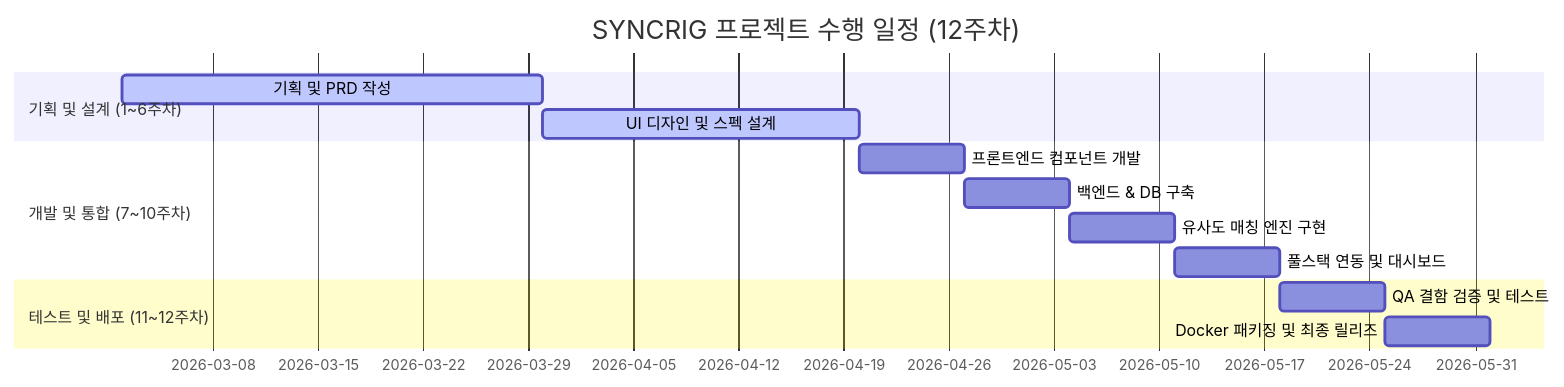
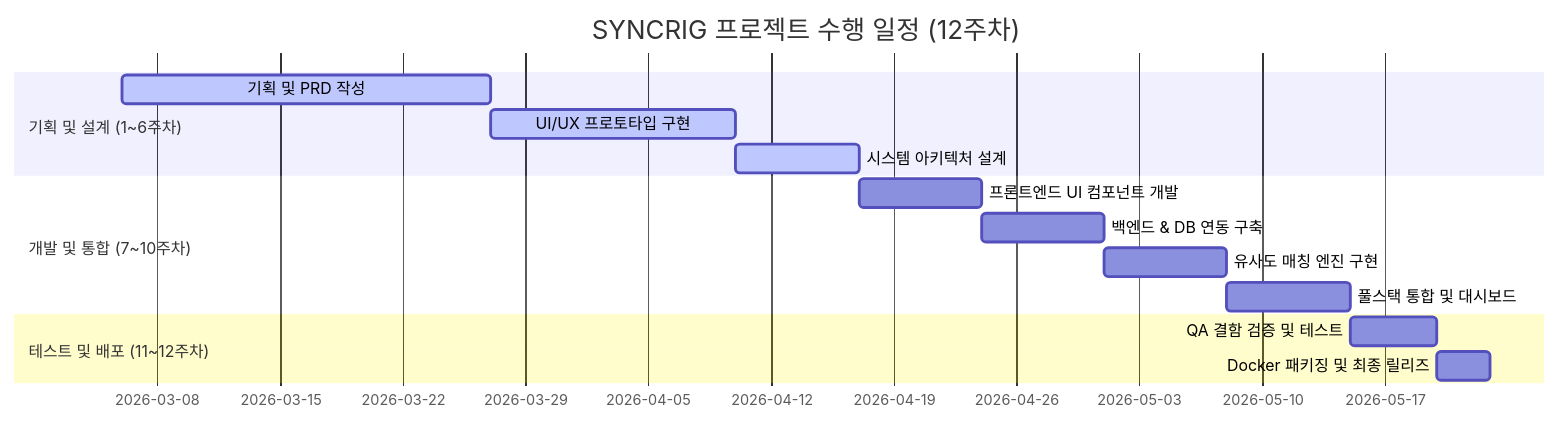
One commit to lgw323/webserviceplatform changed the diagram in webplatform_w12/final_report.md. Above: the diagram before and after it, drawn with Mermaid. The commit also changed other lines of this file, not shown here.

Commit message:
upload#12: webplatform_w12/final_report.md - Gantt 차트 일정 및 AI 페어 프로그래밍 성과 회고 보완

````diff
--- a/webplatform_w12/final_report.md
+++ b/webplatform_w12/final_report.md
@@ -10,16 +10,17 @@
 ```mermaid
 gantt
     title SYNCRIG 프로젝트 수행 일정 (12주차)
     dateFormat  YYYY-MM-DD
     section 기획 및 설계 (1~6주차)
-    기획 및 PRD 작성          :active, 2026-03-02, 28d
-    UI 디자인 및 스펙 설계      :active, 2026-03-30, 21d
+    기획 및 PRD 작성          :active, 2026-03-06, 21d
+    UI/UX 프로토타입 구현     :active, 2026-03-27, 14d
+    시스템 아키텍처 설계      :active, 2026-04-10, 7d
     section 개발 및 통합 (7~10주차)
-    프론트엔드 컴포넌트 개발     : 2026-04-20, 7d
-    백엔드 & DB 구축          : 2026-04-27, 7d
-    유사도 매칭 엔진 구현      : 2026-05-04, 7d
-    풀스택 연동 및 대시보드    : 2026-05-11, 7d
+    프론트엔드 UI 컴포넌트 개발  : 2026-04-17, 7d
+    백엔드 & DB 연동 구축      : 2026-04-24, 7d
+    유사도 매칭 엔진 구현      : 2026-05-01, 7d
+    풀스택 통합 및 대시보드    : 2026-05-08, 7d
     section 테스트 및 배포 (11~12주차)
-    QA 결함 검증 및 테스트     : 2026-05-18, 7d
-    Docker 패키징 및 최종 릴리즈 : 2026-05-25, 7d
+    QA 결함 검증 및 테스트      : 2026-05-15, 5d
+    Docker 패키징 및 최종 릴리즈 : 2026-05-20, 3d
 ```
````
